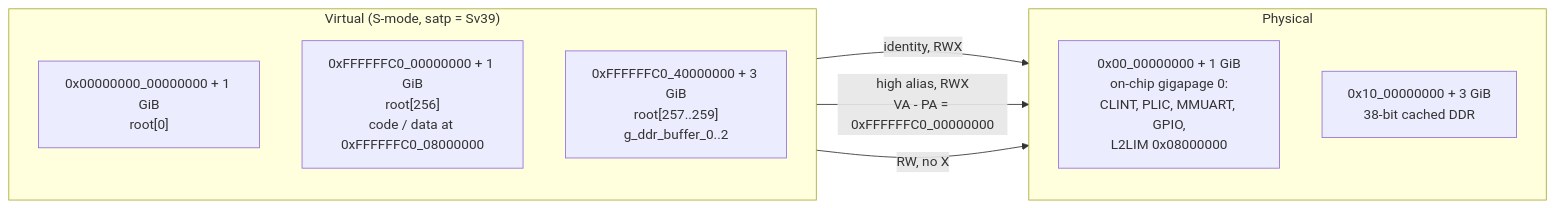
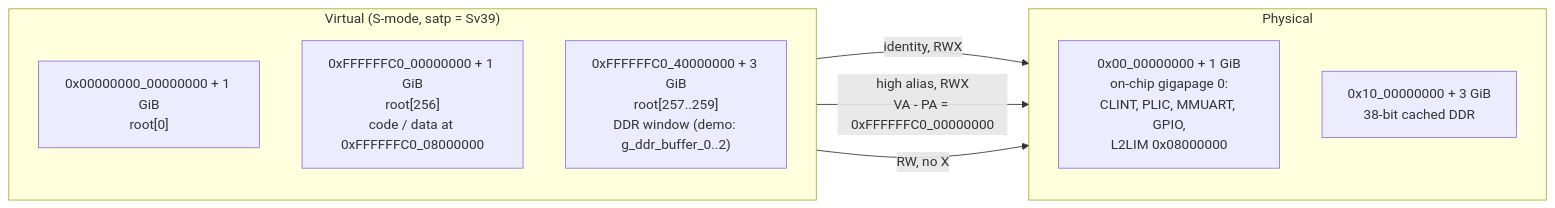
One commit to InuyashaITB/mpfs-freertos-smode changed the eighth of 12 diagrams in docs/boot-to-smode.md. Above: the diagram before and after it, drawn with Mermaid. The commit also changed other lines of this file and 6 other files, not shown here.

First line of the commit message:
Move the DDR buffer layout from the library linker script to the demo

````diff
--- a/docs/boot-to-smode.md
+++ b/docs/boot-to-smode.md
@@ -309,17 +309,17 @@
 ```mermaid
 flowchart LR
     subgraph VA ["Virtual (S-mode, satp = Sv39)"]
         direction TB
         V0["0x00000000_00000000 + 1 GiB<br/>root[0]"]
         V1["0xFFFFFFC0_00000000 + 1 GiB<br/>root[256]<br/>code / data at 0xFFFFFFC0_08000000"]
-        V2["0xFFFFFFC0_40000000 + 3 GiB<br/>root[257..259]<br/>g_ddr_buffer_0..2"]
+        V2["0xFFFFFFC0_40000000 + 3 GiB<br/>root[257..259]<br/>DDR window (demo: g_ddr_buffer_0..2)"]
     end
     subgraph PA ["Physical"]
         direction TB
         P0["0x00_00000000 + 1 GiB<br/>on-chip gigapage 0:<br/>CLINT, PLIC, MMUART, GPIO,<br/>L2LIM 0x08000000"]
         P2["0x10_00000000 + 3 GiB<br/>38-bit cached DDR"]
     end
     V0 -->|"identity, RWX"| P0
     V1 -->|"high alias, RWX<br/>VA - PA = 0xFFFFFFC0_00000000"| P0
     V2 -->|"RW, no X"| P2
 ```
````
